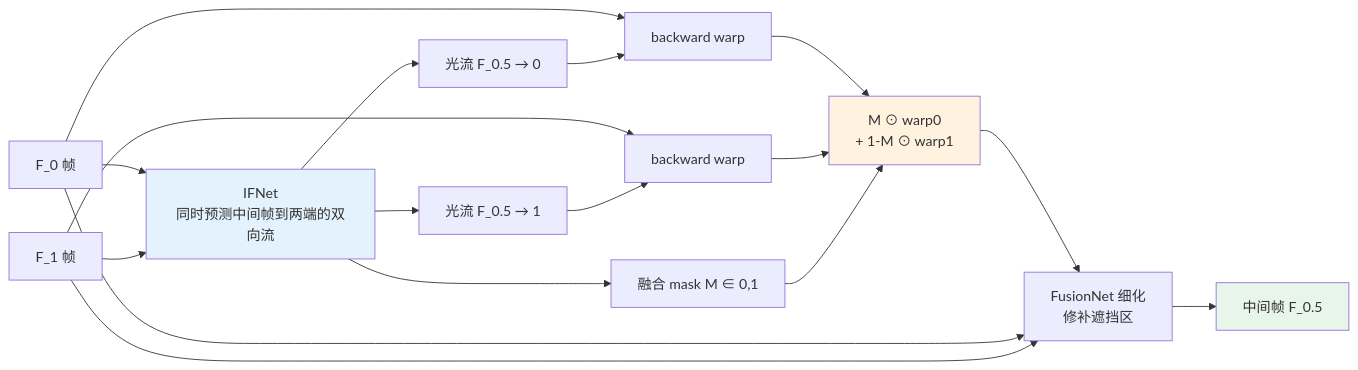
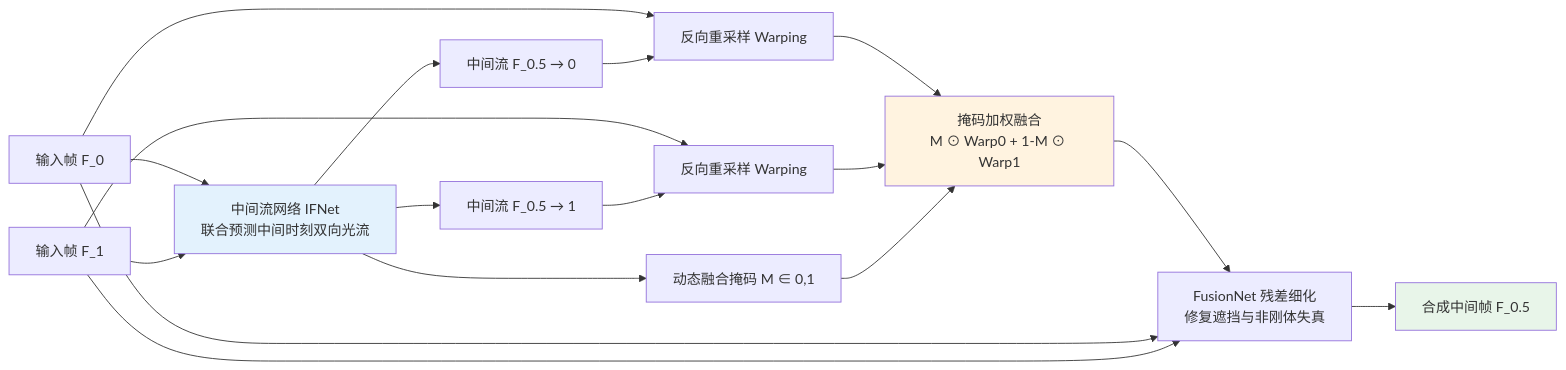
One commit to yingwang/image-enhancement-guide changed the third of 3 diagrams in chapters/14-video-models.md. Above: the diagram before and after it, drawn with Mermaid. The commit also changed other lines of this file and 18 other files, not shown here.

````diff
--- a/chapters/14-video-models.md
+++ b/chapters/14-video-models.md
@@ -387,23 +359,23 @@
 ```mermaid
 graph LR
-    F0[F_0 帧] --> IFNet[IFNet<br/>同时预测中间帧到两端的双向流]
-    F1[F_1 帧] --> IFNet
-    IFNet --> Fto0[光流 F_0.5 → 0]
-    IFNet --> Fto1[光流 F_0.5 → 1]
-    IFNet --> Mask[融合 mask M ∈ 0,1]
-    F0 --> Warp0[backward warp]
+    F0[输入帧 F_0] --> IFNet[中间流网络 IFNet<br/>联合预测中间时刻双向光流]
+    F1[输入帧 F_1] --> IFNet
+    IFNet --> Fto0[中间流 F_0.5 → 0]
+    IFNet --> Fto1[中间流 F_0.5 → 1]
+    IFNet --> Mask[动态融合掩码 M ∈ 0,1]
+    F0 --> Warp0[反向重采样 Warping]
     Fto0 --> Warp0
-    F1 --> Warp1[backward warp]
+    F1 --> Warp1[反向重采样 Warping]
     Fto1 --> Warp1
-    Warp0 --> Blend[M ⊙ warp0<br/>+ 1-M ⊙ warp1]
+    Warp0 --> Blend[掩码加权融合<br/>M ⊙ Warp0 + 1-M ⊙ Warp1]
     Warp1 --> Blend
     Mask --> Blend
-    Blend --> Refine[FusionNet 细化<br/>修补遮挡区]
+    Blend --> Refine[FusionNet 残差细化<br/>修复遮挡与非刚体失真]
     F0 --> Refine
     F1 --> Refine
-    Refine --> Mid[中间帧 F_0.5]
+    Refine --> Mid[合成中间帧 F_0.5]
 
     style IFNet fill:#e3f2fd
     style Blend fill:#fff3e0
     style Mid fill:#e8f5e9
 ```
````
